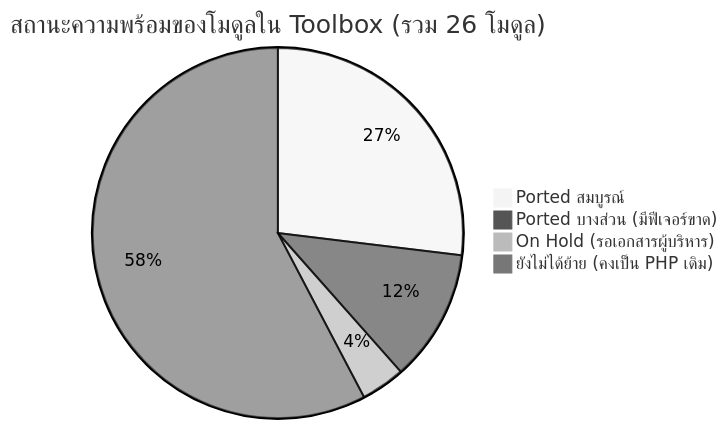
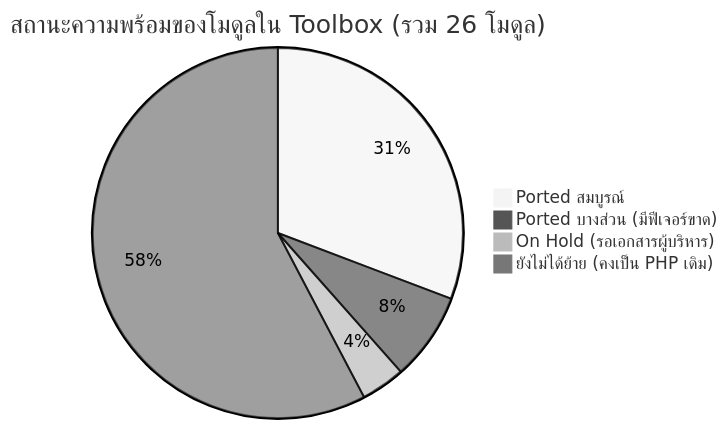
One commit to Scyst/MES changed the first of 2 diagrams in MES/docs/blueprint/MES_LEGACY_VS_TOOLBOX_GAP_ANALYSIS.md. Above: the diagram before and after it, drawn with Mermaid (neutral theme). The commit also changed other lines of this file and 14 other files, not shown here.

````diff
--- a/MES/docs/blueprint/MES_LEGACY_VS_TOOLBOX_GAP_ANALYSIS.md
+++ b/MES/docs/blueprint/MES_LEGACY_VS_TOOLBOX_GAP_ANALYSIS.md
@@ -18,7 +18,7 @@
 ```mermaid
 pie title สถานะความพร้อมของโมดูลใน Toolbox (รวม 26 โมดูล)
-    "Ported สมบูรณ์" : 7
-    "Ported บางส่วน (มีฟีเจอร์ขาด)" : 3
+    "Ported สมบูรณ์" : 8
+    "Ported บางส่วน (มีฟีเจอร์ขาด)" : 2
     "On Hold (รอเอกสารผู้บริหาร)" : 1
     "ยังไม่ได้ย้าย (คงเป็น PHP เดิม)" : 15
 ```
````
